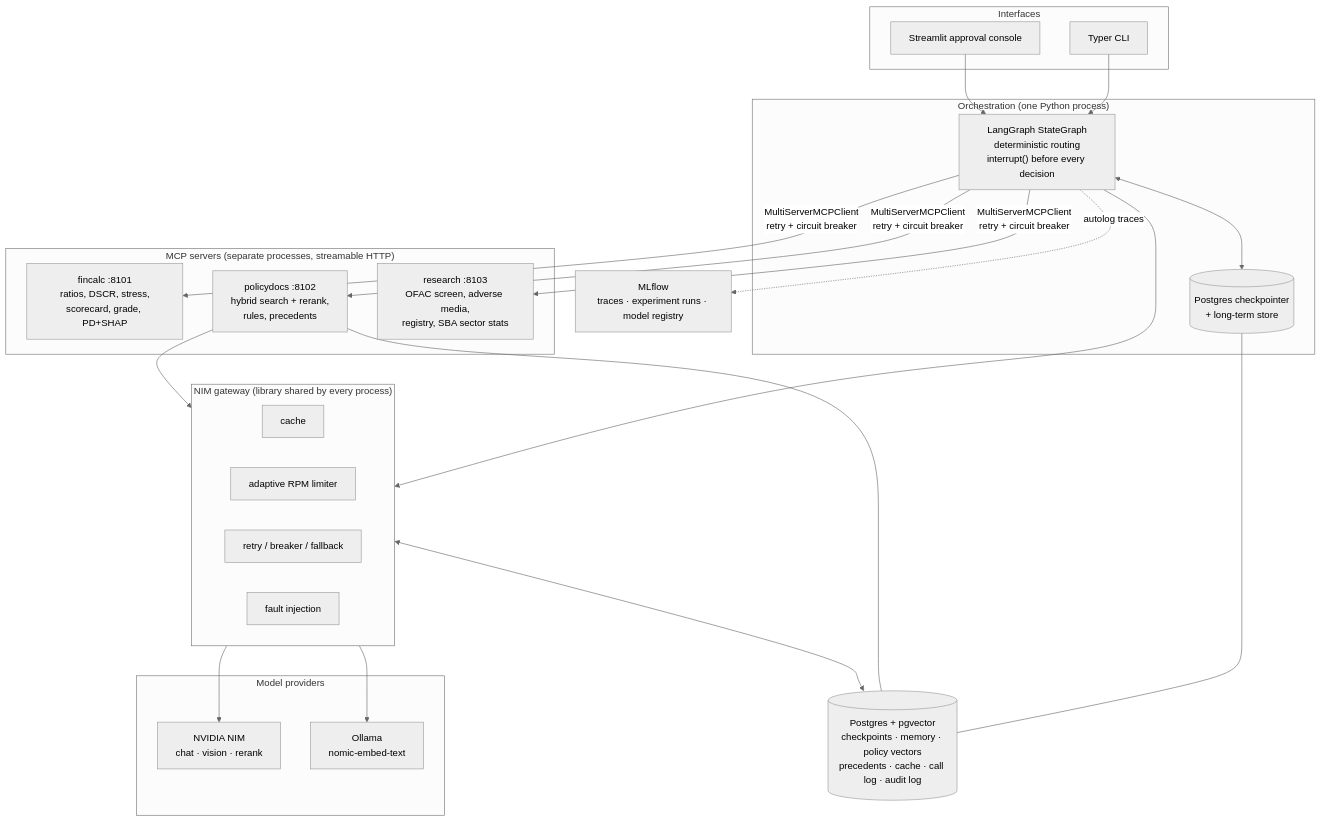
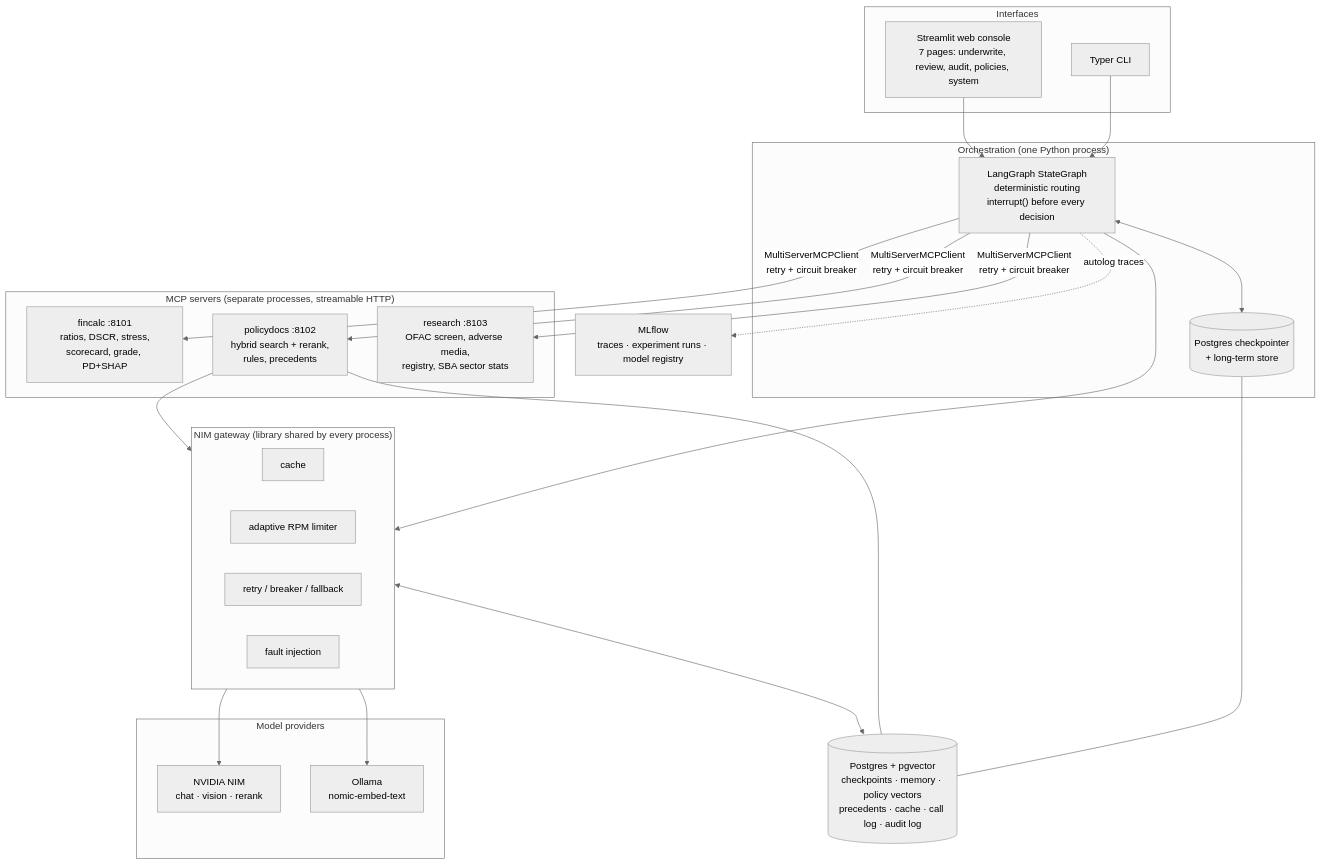
One commit to bhanuponguru/WealthPilot changed the diagram in docs/concepts/architecture.md. Above: the diagram before and after it, drawn with Mermaid (neutral theme). The commit also changed other lines of this file and 62 other files, not shown here.

First line of the commit message:
Add Streamlit web console and update documentation

````diff
--- a/docs/concepts/architecture.md
+++ b/docs/concepts/architecture.md
@@ -5,45 +5,45 @@
 ```mermaid
 flowchart TB
     subgraph UI["Interfaces"]
         CLI["Typer CLI"]
-        ST["Streamlit approval console"]
+        ST["Streamlit web console<br/>7 pages: underwrite, review, audit, policies, system"]
     end
 
     subgraph ORCH["Orchestration (one Python process)"]
         G["LangGraph StateGraph<br/>deterministic routing<br/>interrupt() before every decision"]
         CK[("Postgres checkpointer<br/>+ long-term store")]
         G <--> CK
     end
 
     subgraph MCP["MCP servers (separate processes, streamable HTTP)"]
         FC["fincalc :8101<br/>ratios, DSCR, stress,<br/>scorecard, grade, PD+SHAP"]
         PD["policydocs :8102<br/>hybrid search + rerank,<br/>rules, precedents"]
         RS["research :8103<br/>OFAC screen, adverse media,<br/>registry, SBA sector stats"]
     end
 
     subgraph GW["NIM gateway (library shared by every process)"]
         C1["cache"]
         C2["adaptive RPM limiter"]
         C3["retry / breaker / fallback"]
         C4["fault injection"]
     end
 
     subgraph EXT["Model providers"]
         NIM["NVIDIA NIM<br/>chat · vision · rerank"]
         OL["Ollama<br/>nomic-embed-text"]
     end
 
     PG[("Postgres + pgvector<br/>checkpoints · memory · policy vectors<br/>precedents · cache · call log · audit log")]
     ML["MLflow<br/>traces · experiment runs · model registry"]
 
     CLI --> G
     ST --> G
     G -- "MultiServerMCPClient<br/>retry + circuit breaker" --> FC & PD & RS
     G --> GW
     PD --> GW
     GW --> NIM & OL
     GW <--> PG
     CK --- PG
     PD --- PG
     G -. "autolog traces" .-> ML
 ```
````
